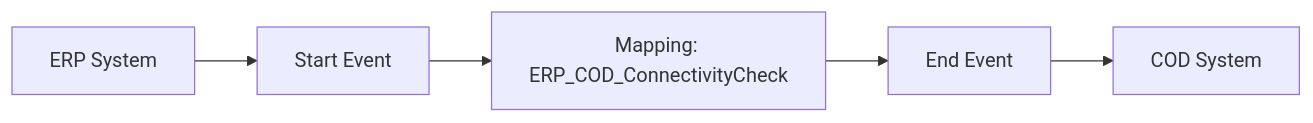
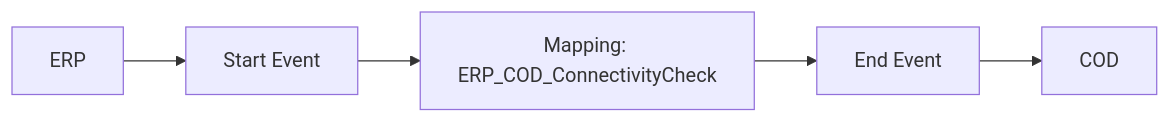
Before and after one commit to Avvale-IA-CICD/AvvaleCPI: the diagram in MMZ - Cell Iflows/Check_Connectivity_from_SAP_Business_Suite_MMZ-1.0.3/readme.md, drawn with Mermaid. The commit also changed other lines of this file, not shown here.

Commit message:
Add/update documentation for Check_Connectivity_from_SAP_Business_Suite_MMZ v1.0.3

````diff
--- a/MMZ - Cell Iflows/Check_Connectivity_from_SAP_Business_Suite_MMZ-1.0.3/readme.md
+++ b/MMZ - Cell Iflows/Check_Connectivity_from_SAP_Business_Suite_MMZ-1.0.3/readme.md
@@ -6,7 +4,7 @@
 ```mermaid
 graph LR
-    ERP[ERP System] --> StartEvent
-    StartEvent[Start Event] --> Mapping
-    Mapping[Mapping: ERP_COD_ConnectivityCheck] --> EndEvent
-    EndEvent[End Event] --> COD[COD System]
+    ERP[ERP] --> StartEvent[Start Event]
+    StartEvent --> Mapping[Mapping: ERP_COD_ConnectivityCheck]
+    Mapping --> EndEvent[End Event]
+    EndEvent --> COD[COD]
 ```
````
